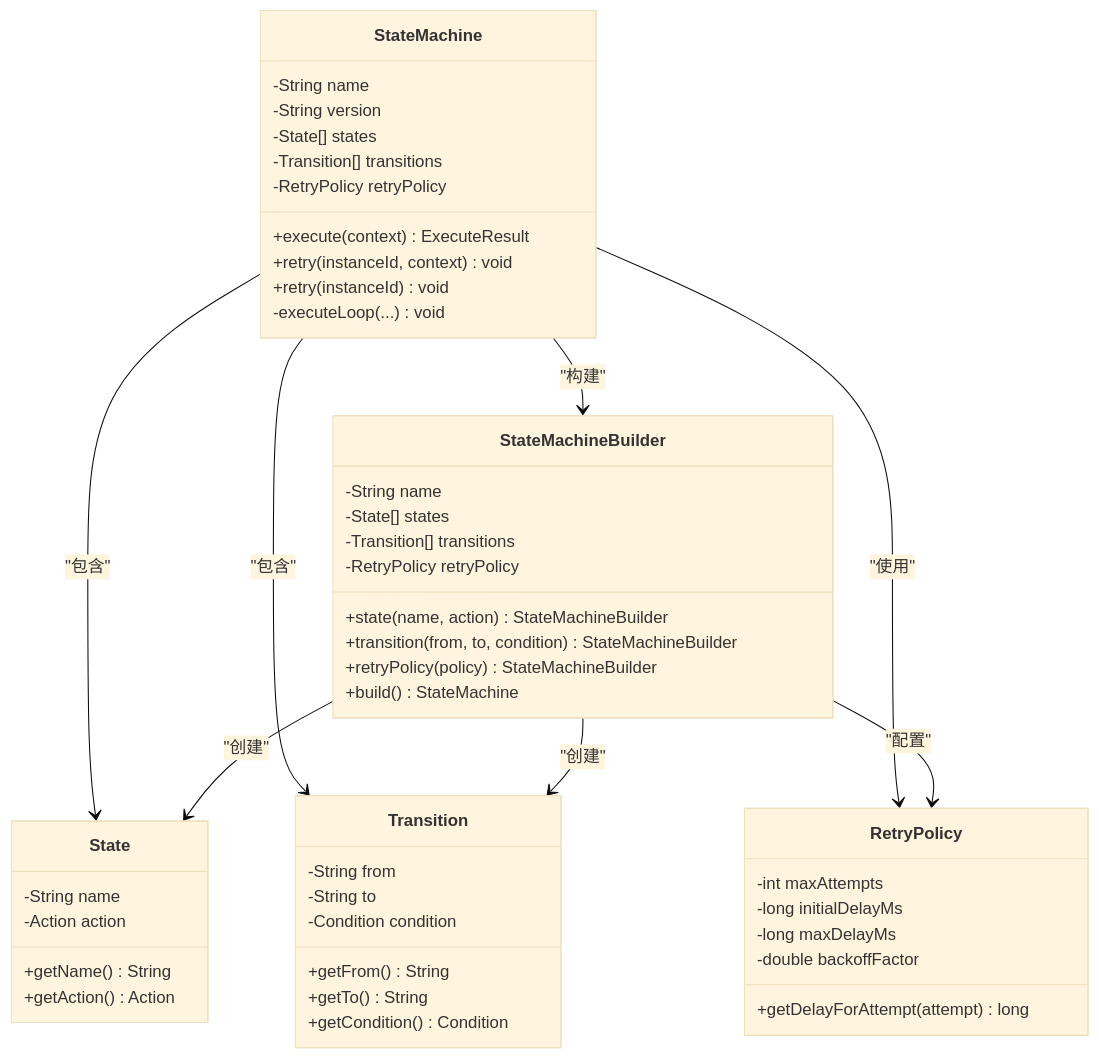
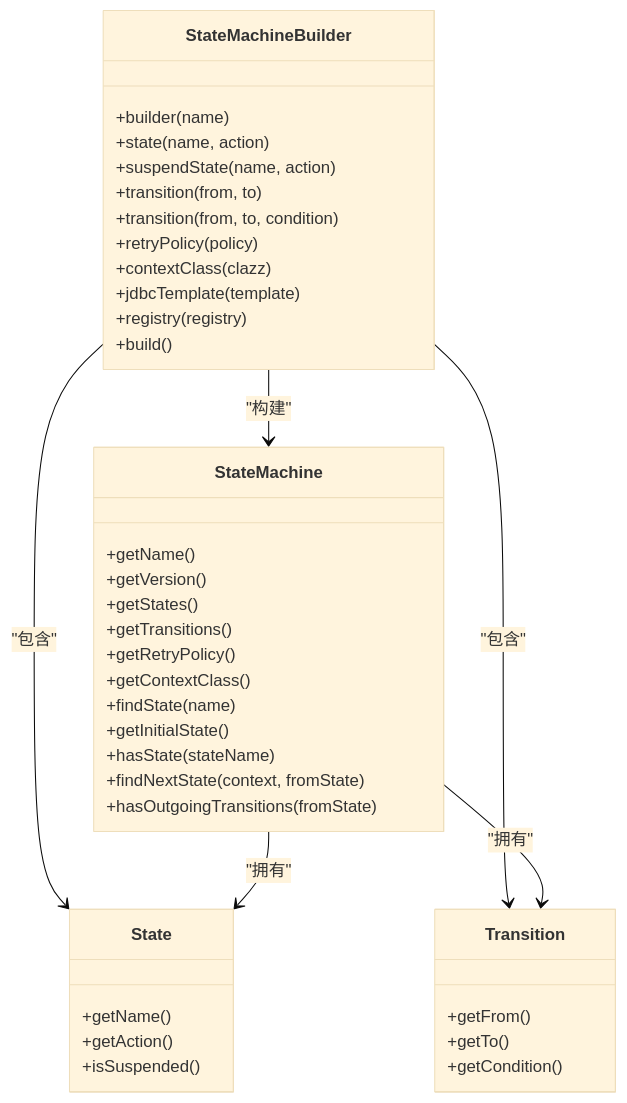
Before and after one commit to xiaoche80s-tech/state-machine-parent: the third of 8 diagrams in .qoder/repowiki/zh/content/项目概述.md, drawn with Mermaid (base theme). The commit also changed other lines of this file and 97 other files, not shown here.

````diff
--- a/.qoder/repowiki/zh/content/项目概述.md
+++ b/.qoder/repowiki/zh/content/项目概述.md
@@ -89,52 +146,43 @@
 ```mermaid
 classDiagram
-class StateMachine {
--String name
--String version
--State[] states
--Transition[] transitions
--RetryPolicy retryPolicy
-+execute(context) ExecuteResult
-+retry(instanceId, context) void
-+retry(instanceId) void
--executeLoop(...) void
-}
 class StateMachineBuilder {
--String name
--State[] states
--Transition[] transitions
--RetryPolicy retryPolicy
-+state(name, action) StateMachineBuilder
-+transition(from, to, condition) StateMachineBuilder
-+retryPolicy(policy) StateMachineBuilder
-+build() StateMachine
++builder(name)
++state(name, action)
++suspendState(name, action)
++transition(from, to)
++transition(from, to, condition)
++retryPolicy(policy)
++contextClass(clazz)
++jdbcTemplate(template)
++registry(registry)
++build()
 }
 class State {
--String name
--Action action
-+getName() String
-+getAction() Action
++getName()
++getAction()
++isSuspended()
 }
 class Transition {
--String from
--String to
--Condition condition
-+getFrom() String
-+getTo() String
-+getCondition() Condition
++getFrom()
++getTo()
++getCondition()
 }
-class RetryPolicy {
--int maxAttempts
--long initialDelayMs
--long maxDelayMs
--double backoffFactor
-+getDelayForAttempt(attempt) long
+class StateMachine {
++getName()
++getVersion()
++getStates()
++getTransitions()
++getRetryPolicy()
++getContextClass()
++findState(name)
++getInitialState()
++hasState(stateName)
++findNextState(context, fromState)
++hasOutgoingTransitions(fromState)
 }
-StateMachine --> StateMachineBuilder : "构建"
-StateMachine --> State : "包含"
-StateMachine --> Transition : "包含"
-StateMachine --> RetryPolicy : "使用"
-StateMachineBuilder --> State : "创建"
-StateMachineBuilder --> Transition : "创建"
-StateMachineBuilder --> RetryPolicy : "配置"
+StateMachineBuilder --> StateMachine : "构建"
+StateMachineBuilder --> State : "包含"
+StateMachineBuilder --> Transition : "包含"
+StateMachine --> State : "拥有"
+StateMachine --> Transition : "拥有"
 ```
````
